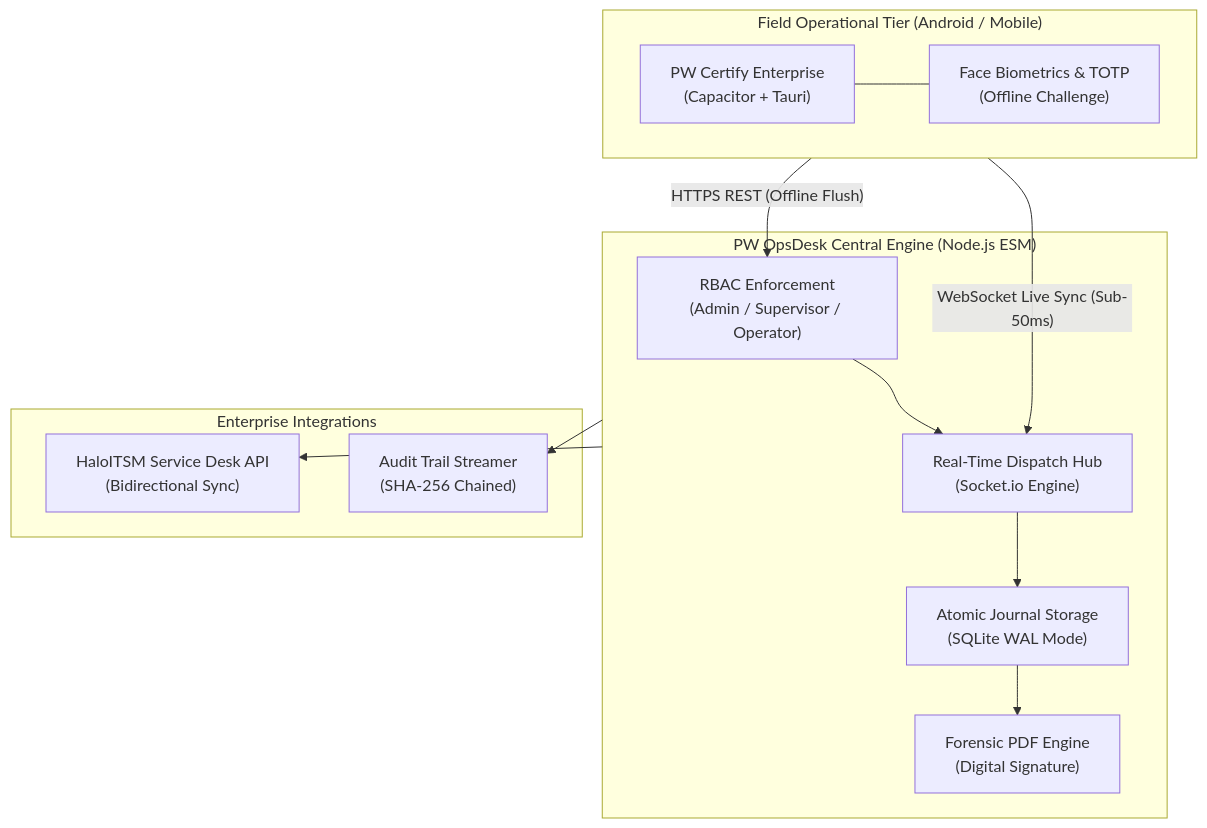
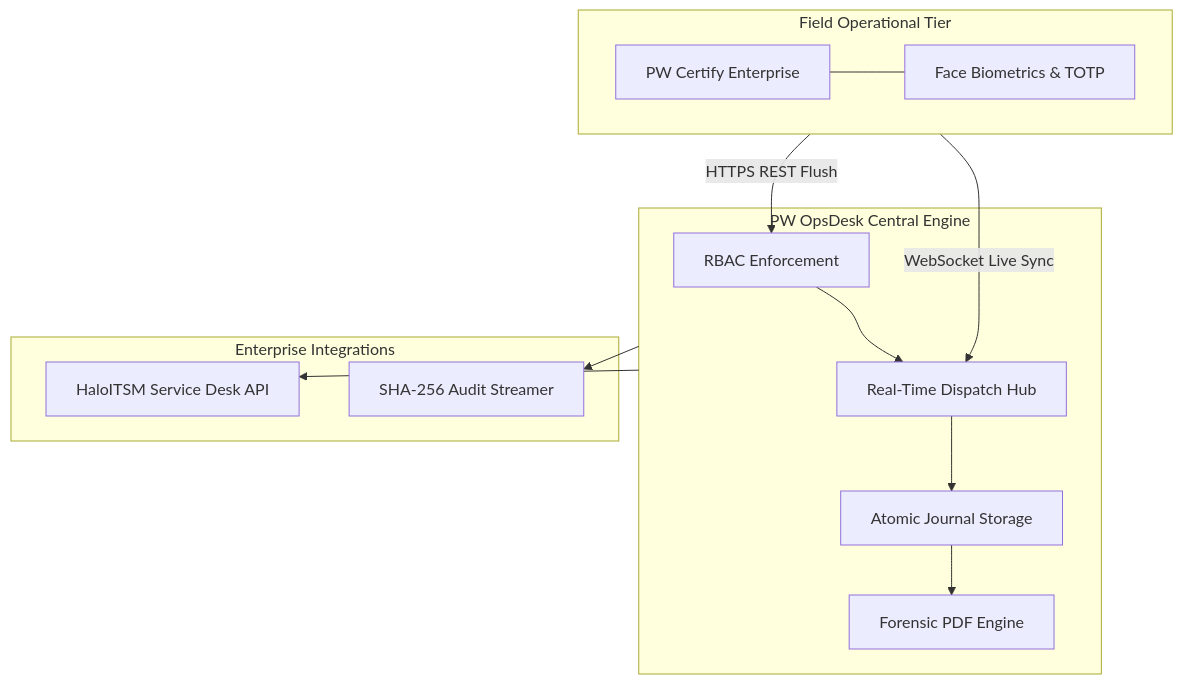
Before and after one commit to welzim19-star/pw-opsdesk-showcase: the diagram in README.md, drawn with Mermaid. The commit also changed 1 other file, not shown here.

Commit message:
fix(diagram): streamline Mermaid node labels to eliminate clipping

````diff
--- a/README.md
+++ b/README.md
@@ -23,29 +23,29 @@
 ```mermaid
 flowchart TD
-    subgraph FIELD_CLIENTS["Field Operational Tier (Android / Mobile)"]
-        Inspector["PW Certify Enterprise<br/>(Capacitor + Tauri)"]
-        Biometrics["Face Biometrics & TOTP<br/>(Offline Challenge)"]
+    subgraph FIELD_CLIENTS["Field Operational Tier"]
+        Inspector["PW Certify Enterprise"]
+        Biometrics["Face Biometrics & TOTP"]
         Inspector --- Biometrics
     end
 
-    subgraph CORE_SERVER["PW OpsDesk Central Engine (Node.js ESM)"]
-        Auth["RBAC Enforcement<br/>(Admin / Supervisor / Operator)"]
-        SocketHub["Real-Time Dispatch Hub<br/>(Socket.io Engine)"]
-        Storage["Atomic Journal Storage<br/>(SQLite WAL Mode)"]
-        PDF["Forensic PDF Engine<br/>(Digital Signature)"]
+    subgraph CORE_SERVER["PW OpsDesk Central Engine"]
+        Auth["RBAC Enforcement"]
+        SocketHub["Real-Time Dispatch Hub"]
+        Storage["Atomic Journal Storage"]
+        PDF["Forensic PDF Engine"]
         
         Auth --> SocketHub
         SocketHub --> Storage
         Storage --> PDF
     end
 
     subgraph EXTERNAL["Enterprise Integrations"]
-        HaloITSM["HaloITSM Service Desk API<br/>(Bidirectional Sync)"]
-        AuditStream["Audit Trail Streamer<br/>(SHA-256 Chained)"]
+        HaloITSM["HaloITSM Service Desk API"]
+        AuditStream["SHA-256 Audit Streamer"]
     end
 
-    FIELD_CLIENTS -- "WebSocket Live Sync (Sub-50ms)" --> SocketHub
-    FIELD_CLIENTS -- "HTTPS REST (Offline Flush)" --> Auth
+    FIELD_CLIENTS -- "WebSocket Live Sync" --> SocketHub
+    FIELD_CLIENTS -- "HTTPS REST Flush" --> Auth
     CORE_SERVER --> HaloITSM
     CORE_SERVER --> AuditStream
 ```
````
